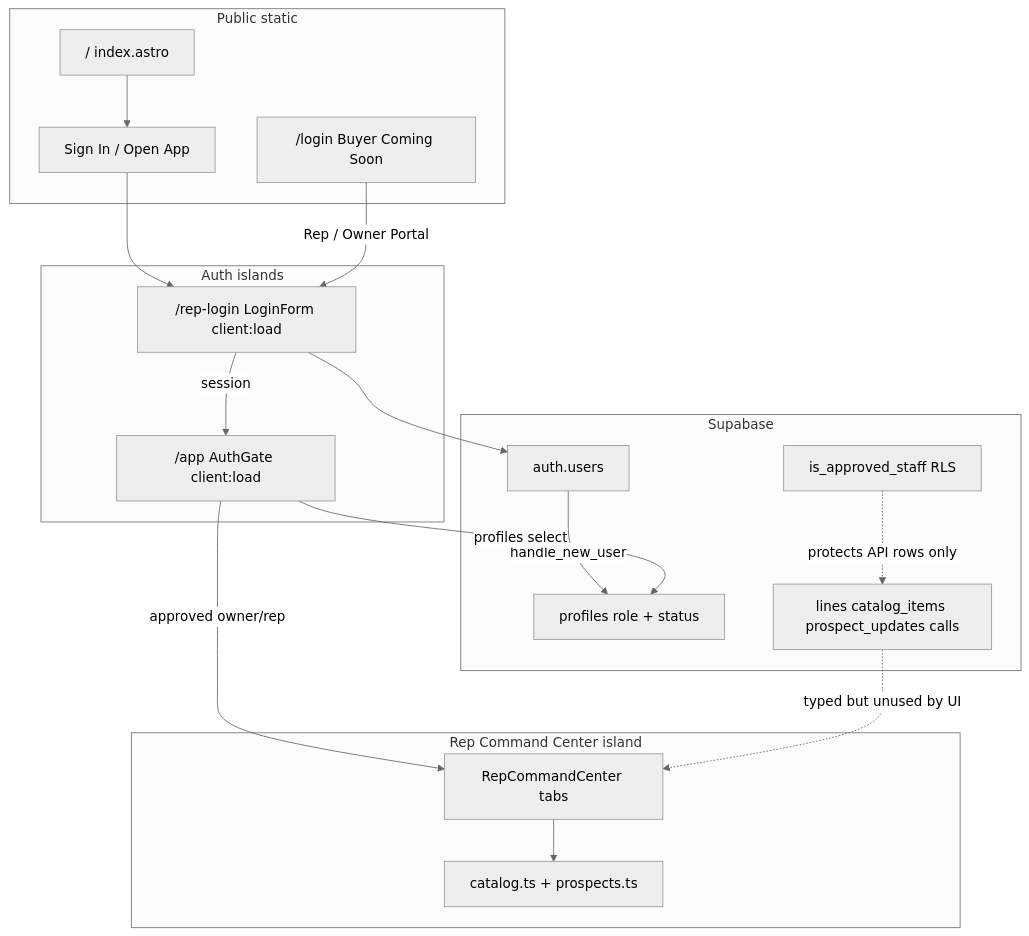
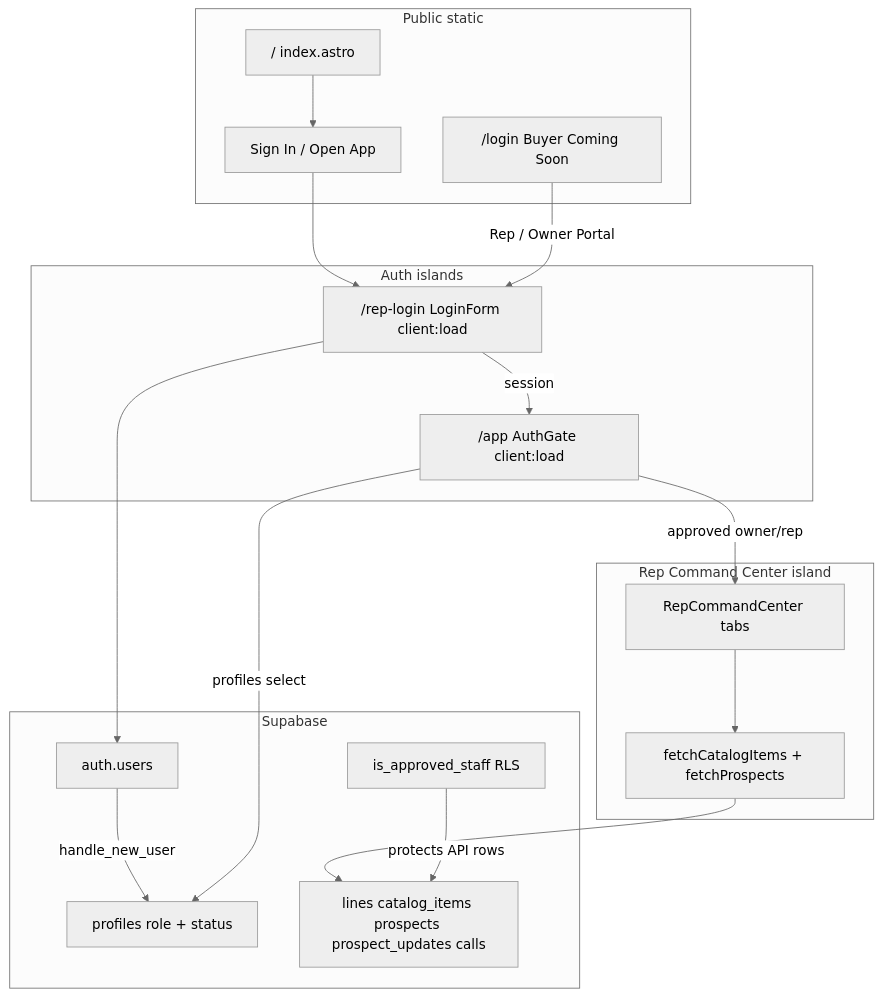
One commit to jlfassio-vibecoder/justin-fassio changed the diagram in docs/architecture-assessment.md. Above: the diagram before and after it, drawn with Mermaid (neutral theme). The commit also changed other lines of this file and 23 other files, not shown here.

Commit message:
Load catalog and prospects from Supabase under approved-staff RLS.

````diff
--- a/docs/architecture-assessment.md
+++ b/docs/architecture-assessment.md
@@ -31,36 +31,35 @@
 ```mermaid
 flowchart TB
   subgraph public [Public static]
     Home["/ index.astro"]
     Buyer["/login Buyer Coming Soon"]
     LandingCTAs["Sign In / Open App"]
   end
 
   subgraph auth [Auth islands]
     RepLogin["/rep-login LoginForm client:load"]
     AppGate["/app AuthGate client:load"]
   end
 
   subgraph supabase [Supabase]
     AuthUsers["auth.users"]
     Profiles["profiles role + status"]
-    Domain["lines catalog_items prospect_updates calls"]
+    Domain["lines catalog_items prospects prospect_updates calls"]
     RLS["is_approved_staff RLS"]
   end
 
   subgraph app [Rep Command Center island]
     RCC["RepCommandCenter tabs"]
-    StaticData["catalog.ts + prospects.ts"]
+    RuntimeFetch["fetchCatalogItems + fetchProspects"]
   end
 
   Home --> LandingCTAs --> RepLogin
   Buyer -->|"Rep / Owner Portal"| RepLogin
   RepLogin --> AuthUsers
   AuthUsers -->|handle_new_user| Profiles
   RepLogin -->|session| AppGate
   AppGate -->|approved owner/rep| RCC
   AppGate -->|profiles select| Profiles
-  RCC --> StaticData
-  Domain -.->|typed but unused by UI| RCC
-  RLS -.->|protects API rows only| Domain
+  RCC --> RuntimeFetch --> Domain
+  RLS -->|protects API rows| Domain
 ```
````
